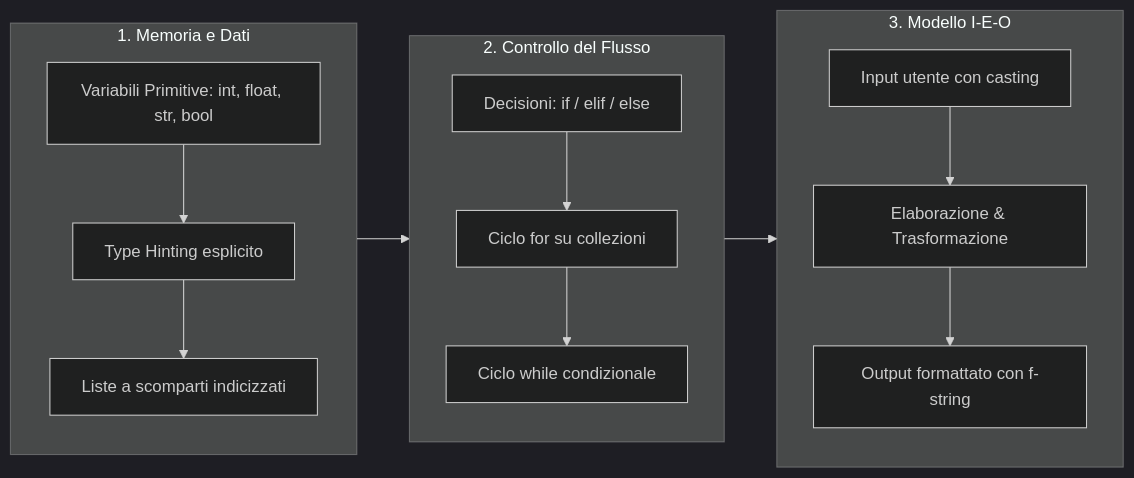
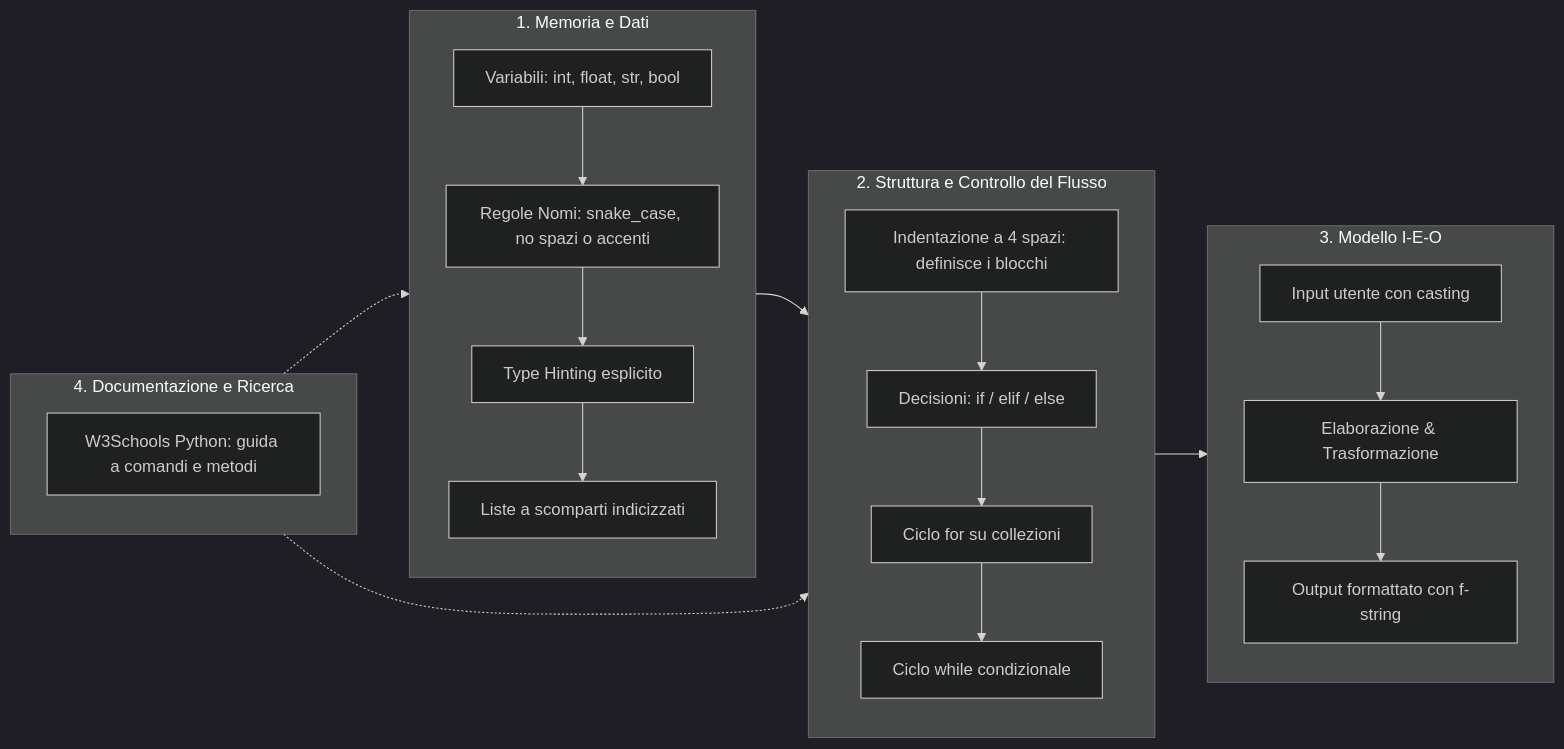
One commit to angelogalantiscuola/IT changed the diagram in 01_Fondamenti_di_Programmazione/01_Introduzione/01_Mappa_Concettuale_Introduzione.md. Above: the diagram before and after it, drawn with Mermaid (dark theme). The commit also changed 2 other files, not shown here.

Commit message:
Aggiornato Modulo 01: specificate regole sui nomi delle variabili, indentazione del codice e risorsa W3Schools

````diff
--- a/01_Fondamenti_di_Programmazione/01_Introduzione/01_Mappa_Concettuale_Introduzione.md
+++ b/01_Fondamenti_di_Programmazione/01_Introduzione/01_Mappa_Concettuale_Introduzione.md
@@ -3,22 +3,31 @@
 ```mermaid
 flowchart LR
-    subgraph S1 [1. Memoria e Dati]
+    subgraph S1 ["1. Memoria e Dati"]
         direction TB
-        V_PRIM[Variabili Primitive: int, float, str, bool] --> TYPE[Type Hinting esplicito]
-        TYPE --> LIST_B[Liste a scomparti indicizzati]
+        V_PRIM["Variabili: int, float, str, bool"] --> RULES["Regole Nomi: snake_case, no spazi o accenti"]
+        RULES --> TYPE["Type Hinting esplicito"]
+        TYPE --> LIST_B["Liste a scomparti indicizzati"]
     end
 
-    subgraph S2 [2. Controllo del Flusso]
+    subgraph S2 ["2. Struttura e Controllo del Flusso"]
         direction TB
-        COND[Decisioni: if / elif / else] --> FOR_L[Ciclo for su collezioni]
-        FOR_L --> WHILE_L[Ciclo while condizionale]
+        INDENT["Indentazione a 4 spazi: definisce i blocchi"] --> COND["Decisioni: if / elif / else"]
+        COND --> FOR_L["Ciclo for su collezioni"]
+        FOR_L --> WHILE_L["Ciclo while condizionale"]
     end
 
-    subgraph S3 [3. Modello I-E-O]
+    subgraph S3 ["3. Modello I-E-O"]
         direction TB
-        INP[Input utente con casting] --> ELAB[Elaborazione & Trasformazione]
-        ELAB --> OUT[Output formattato con f-string]
+        INP["Input utente con casting"] --> ELAB["Elaborazione & Trasformazione"]
+        ELAB --> OUT["Output formattato con f-string"]
+    end
+
+    subgraph S4 ["4. Documentazione e Ricerca"]
+        direction TB
+        DOCS["W3Schools Python: guida a comandi e metodi"]
     end
 
     S1 --> S2 --> S3
+    S4 -.-> S1
+    S4 -.-> S2
 ```
````
